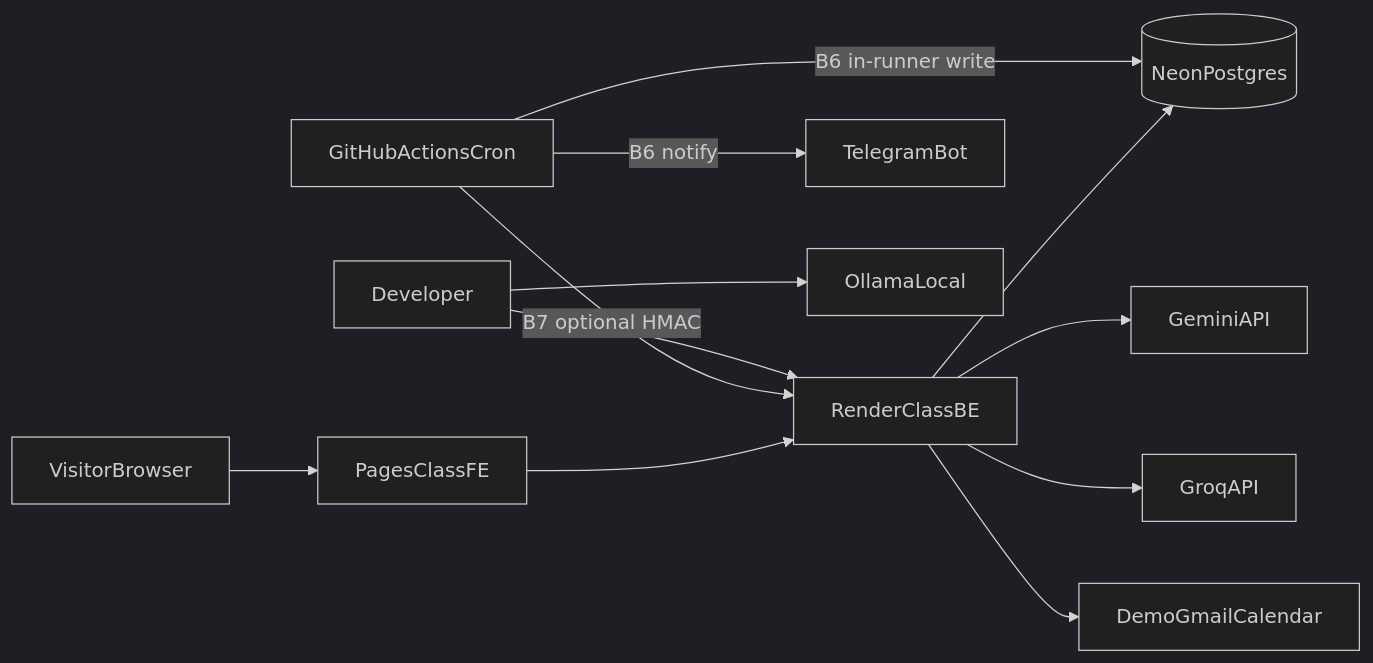
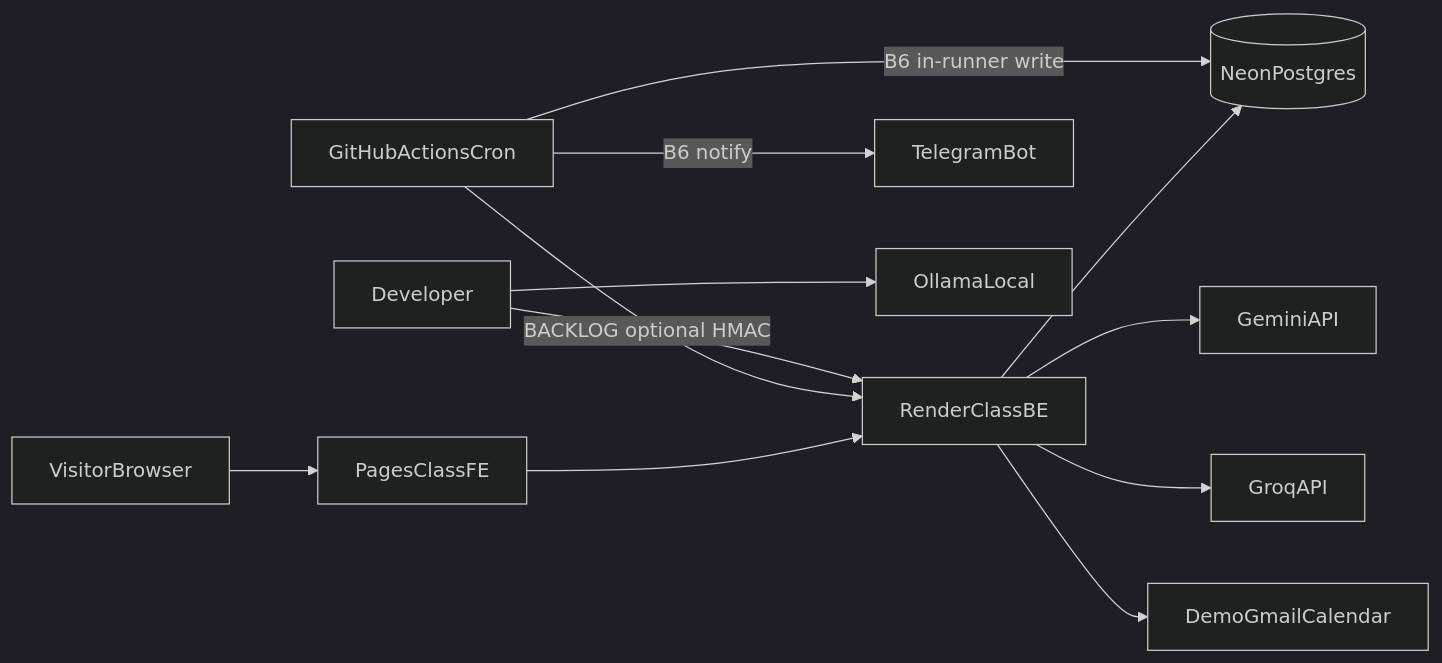
Before and after one commit to Settar-Mengli/opspilot-ai: the diagram in docs/architecture.md, drawn with Mermaid (dark theme). The commit also changed other lines of this file and 8 other files, not shown here.

````diff
--- a/docs/architecture.md
+++ b/docs/architecture.md
@@ -340,26 +340,26 @@
 ```mermaid
 flowchart LR
   Visitor[VisitorBrowser]
   FE[PagesClassFE]
   BE[RenderClassBE]
   Neon[(NeonPostgres)]
   Gemini[GeminiAPI]
   Groq[GroqAPI]
   Gmail[DemoGmailCalendar]
   GHA[GitHubActionsCron]
   Tg[TelegramBot]
   Dev[Developer]
   Ollama[OllamaLocal]
 
   Visitor --> FE
   FE --> BE
   BE --> Neon
   BE --> Gemini
   BE --> Groq
   BE --> Gmail
   GHA -->|"B6 in-runner write"| Neon
   GHA -->|"B6 notify"| Tg
-  GHA -->|"B7 optional HMAC"| BE
+  GHA -->|"BACKLOG optional HMAC"| BE
   Dev --> Ollama
   Dev --> BE
 ```
````
